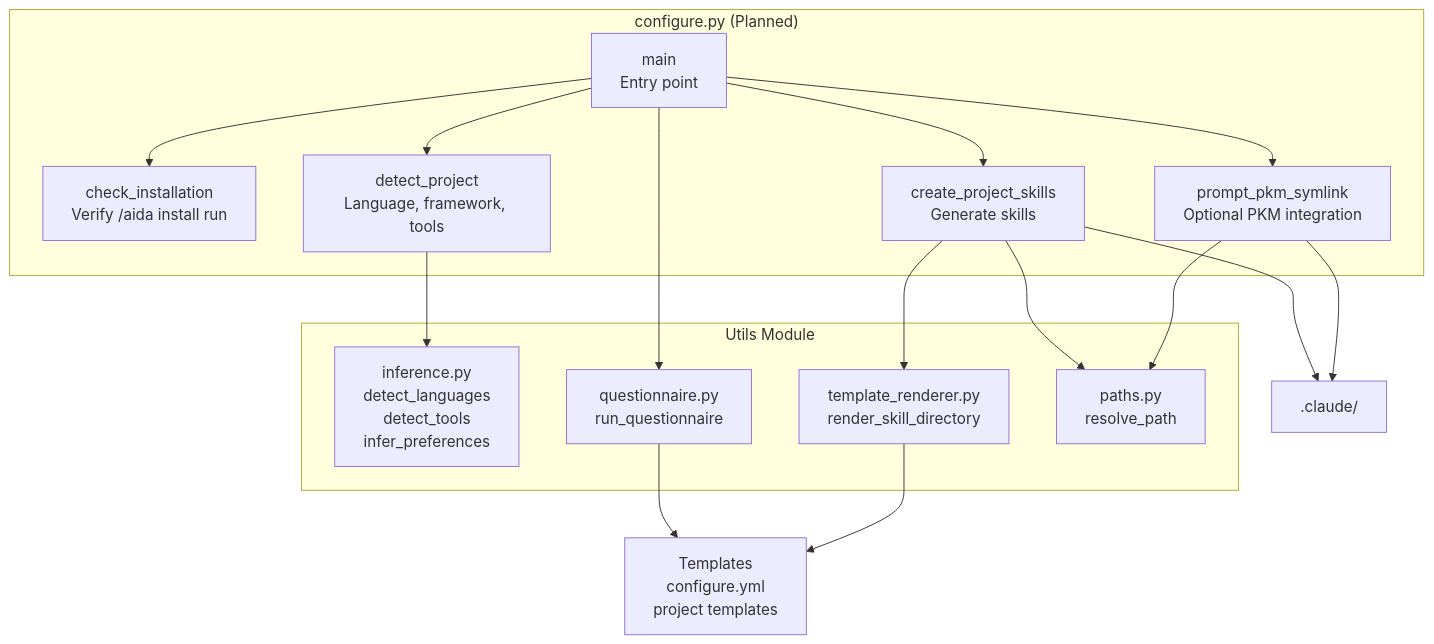
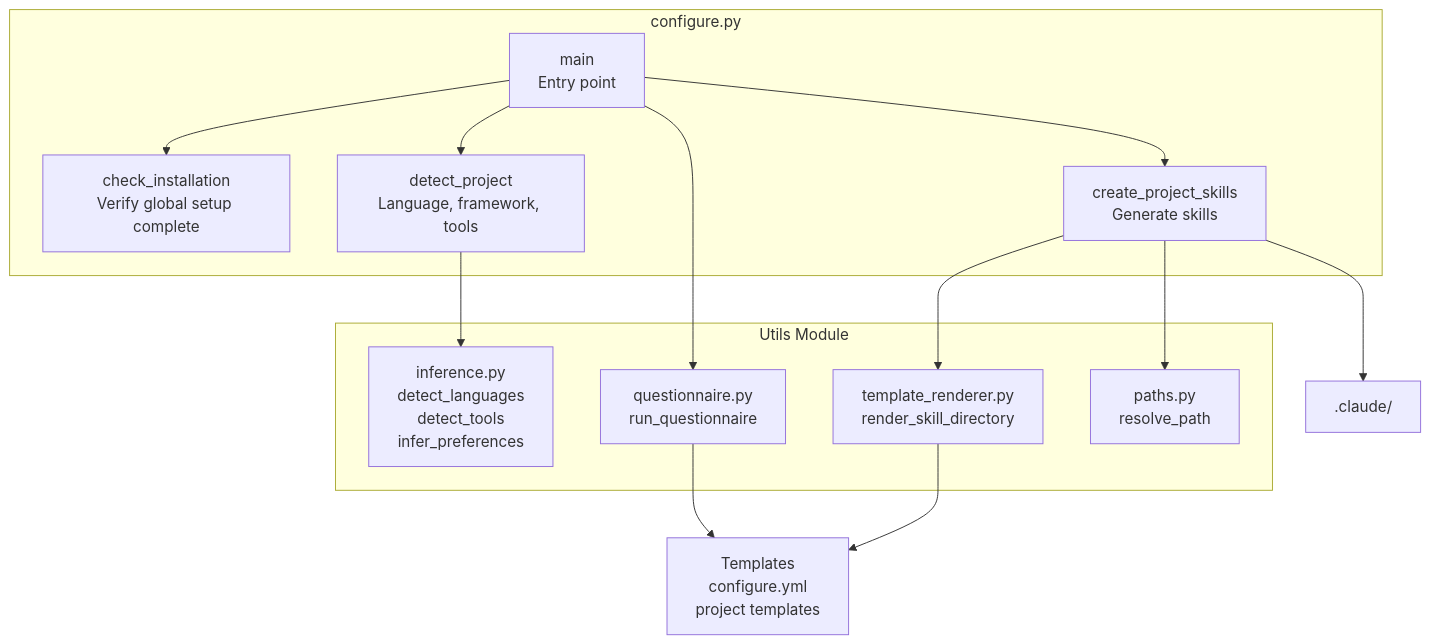
The second of 7 diagrams in docs/architecture/c4/component-diagram.md (oakensoul/aida-core-plugin), drawn with Mermaid before and after one commit. The commit also changed other lines of this file and 49 other files, not shown here.

First line of the commit message:
chore: launch preparedness - security, docs, tests, architecture (#7) (#16)

````diff
--- a/docs/architecture/c4/component-diagram.md
+++ b/docs/architecture/c4/component-diagram.md
@@ -254,37 +255,33 @@
 ```mermaid
 graph TB
-    subgraph "configure.py (Planned)"
+    subgraph "configure.py"
         MainConfig[main<br/>Entry point]
-        CheckInstall[check_installation<br/>Verify /aida install run]
+        CheckInstall[check_installation<br/>Verify global setup complete]
         DetectProject[detect_project<br/>Language, framework, tools]
-        PromptPKM[prompt_pkm_symlink<br/>Optional PKM integration]
         CreateProjectSkills[create_project_skills<br/>Generate skills]
     end
 
     subgraph "Utils Module"
         Inference[inference.py<br/>detect_languages<br/>detect_tools<br/>infer_preferences]
         Questionnaire2[questionnaire.py<br/>run_questionnaire]
         TemplateRender2[template_renderer.py<br/>render_skill_directory]
         PathsGet2[paths.py<br/>resolve_path]
     end
 
     Templates2[Templates<br/>configure.yml<br/>project templates]
     ProjectFS[.claude/]
 
     MainConfig --> CheckInstall
     MainConfig --> DetectProject
     MainConfig --> Questionnaire2
     MainConfig --> CreateProjectSkills
-    MainConfig --> PromptPKM
 
     DetectProject --> Inference
     CreateProjectSkills --> TemplateRender2
     CreateProjectSkills --> PathsGet2
-    PromptPKM --> PathsGet2
 
     Questionnaire2 --> Templates2
     TemplateRender2 --> Templates2
 
     CreateProjectSkills --> ProjectFS
-    PromptPKM --> ProjectFS
 ```
````
